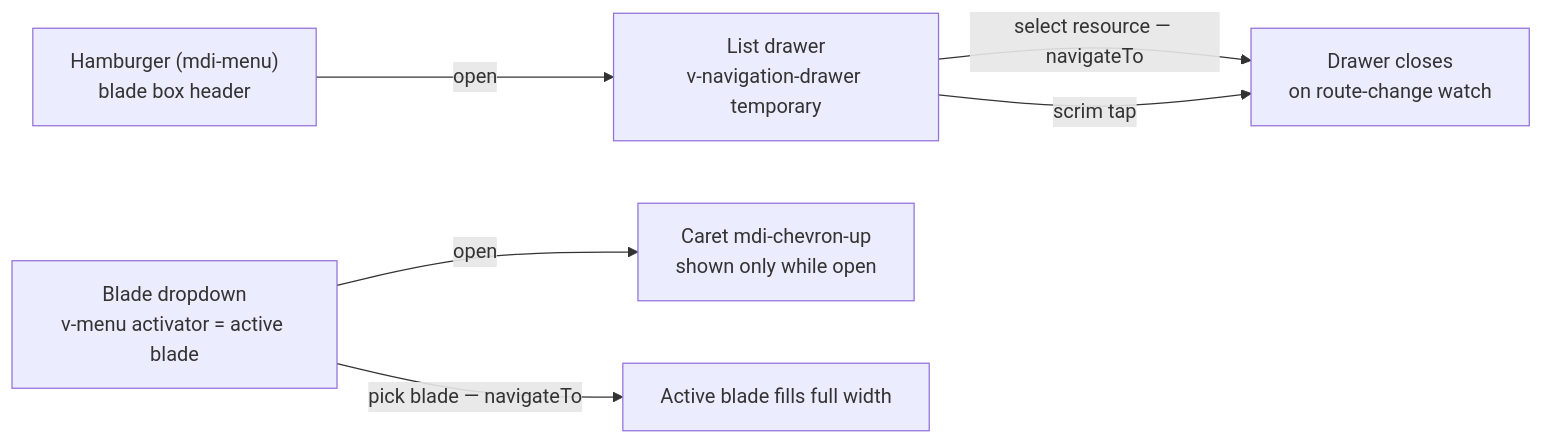
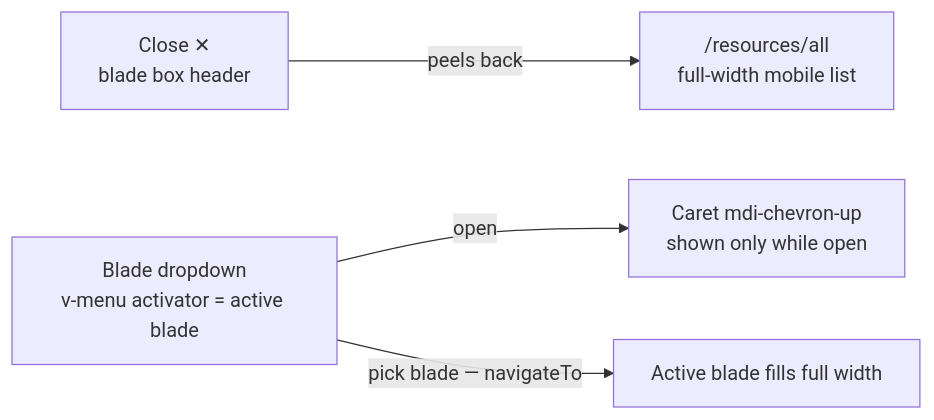
Before and after one commit to Esposter/Esposter: the second of 3 diagrams in packages/app/content/docs/platform/resource-explorer.md, drawn with Mermaid. The commit also changed other lines of this file and 4 other files, not shown here.

````diff
--- a/packages/app/content/docs/platform/resource-explorer.md
+++ b/packages/app/content/docs/platform/resource-explorer.md
@@ -100,8 +100,6 @@
 ```mermaid
 flowchart LR
-  HB["Hamburger (mdi-menu)<br/>blade box header"] -->|open| DRAWER["List drawer<br/>v-navigation-drawer temporary"]
-  DRAWER -->|select resource — navigateTo| CLOSED["Drawer closes<br/>on route-change watch"]
-  DRAWER -->|scrim tap| CLOSED
+  CLOSE["Close ✕<br/>blade box header"] -->|peels back| ALL["/resources/all<br/>full-width mobile list"]
   BNAV["Blade dropdown<br/>v-menu activator = active blade"] -->|open| CARET["Caret mdi-chevron-up<br/>shown only while open"]
   BNAV -->|pick blade — navigateTo| BLADE["Active blade fills full width"]
 ```
````
